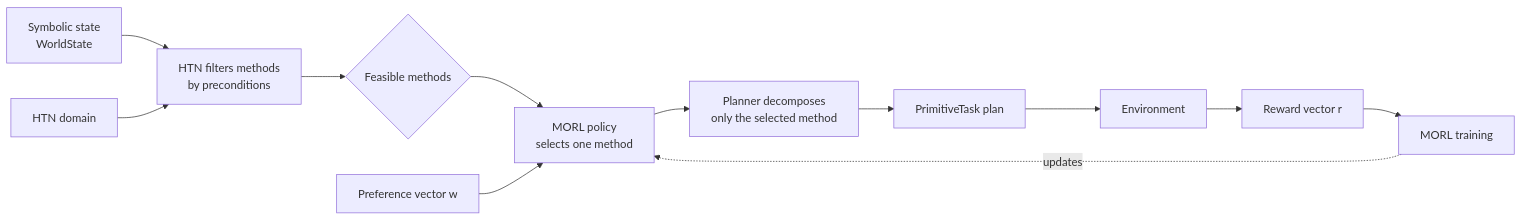
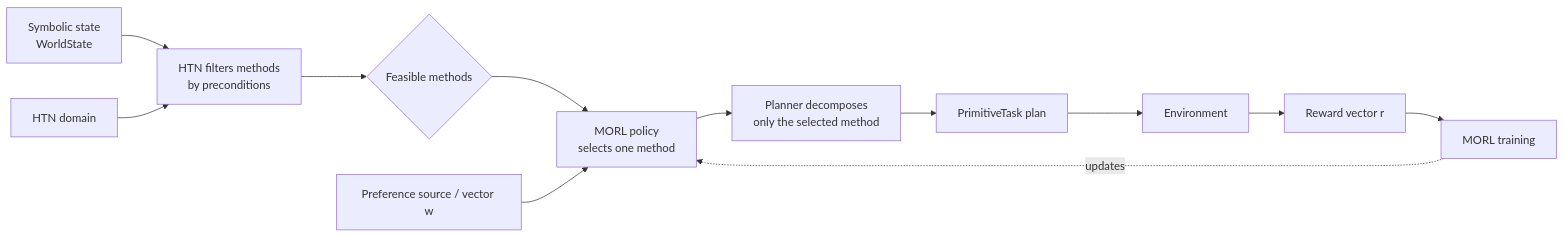
The first of 2 diagrams in docs/architecture/symbolic-morl.md (AndersonGACFilho/htn-goap-morl-agent), drawn with Mermaid before and after one commit. The commit also changed other lines of this file and 17 other files, not shown here.

First line of the commit message:
docs(architecture): shift to preference sources and refine metrics

````diff
--- a/docs/architecture/symbolic-morl.md
+++ b/docs/architecture/symbolic-morl.md
@@ -14,14 +14,14 @@
 ```mermaid
 flowchart LR
     S[Symbolic state<br/>WorldState] --> F[HTN filters methods<br/>by preconditions]
     D[HTN domain] --> F
     F --> M{Feasible methods}
     M --> Q[MORL policy<br/>selects one method]
-    W[Preference vector w] --> Q
+    W[Preference source / vector w] --> Q
     Q --> P[Planner decomposes<br/>only the selected method]
     P --> A[PrimitiveTask plan]
     A --> E[Environment]
     E --> O[Reward vector r]
     O --> T[MORL training]
     T -. updates .-> Q
 ```
````
